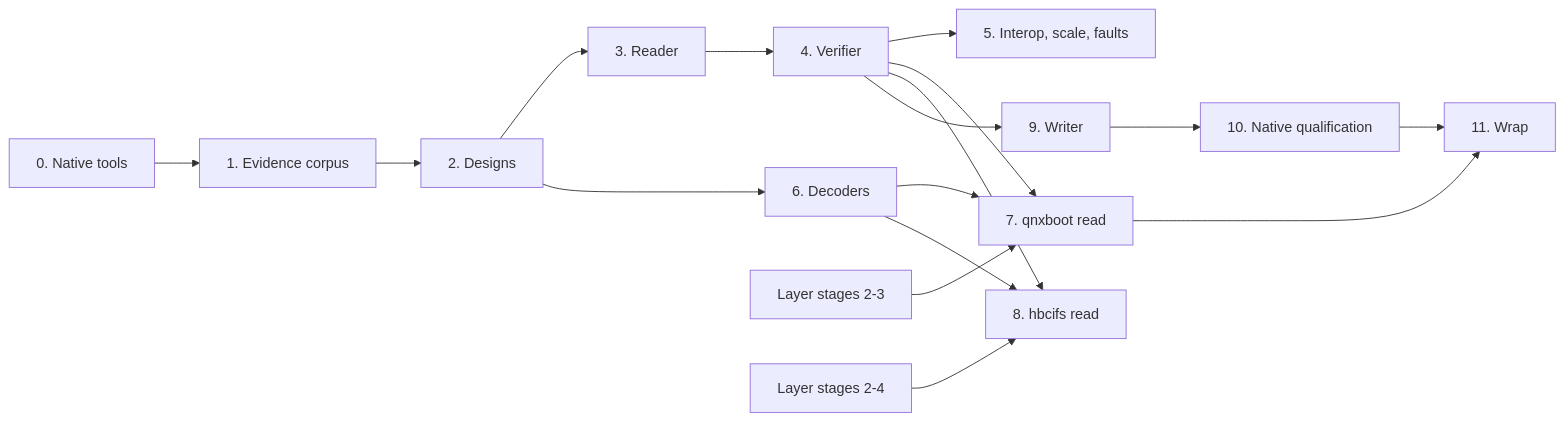
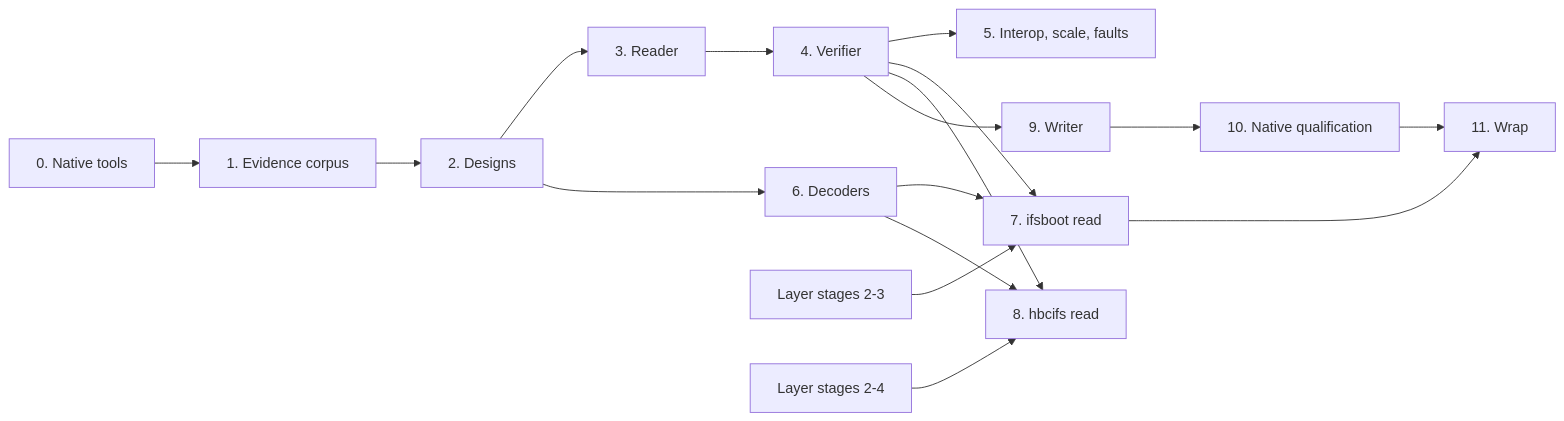
One commit to stass/fsimg changed the diagram in docs/ifs-plan.md. Above: the diagram before and after it, drawn with Mermaid. The commit also changed other lines of this file and 37 other files, not shown here.

````diff
--- a/docs/ifs-plan.md
+++ b/docs/ifs-plan.md
@@ -907,19 +908,19 @@
 ```mermaid
 flowchart LR
     S0[0. Native tools] --> S1[1. Evidence corpus]
     S1 --> S2[2. Designs]
     S2 --> S3[3. Reader]
     S3 --> S4[4. Verifier]
     S4 --> S5[5. Interop, scale, faults]
     S2 --> S6[6. Decoders]
-    S4 --> S7[7. qnxboot read]
+    S4 --> S7[7. ifsboot read]
     S6 --> S7
     L23[Layer stages 2-3] --> S7
     S4 --> S8[8. hbcifs read]
     S6 --> S8
     L24[Layer stages 2-4] --> S8
     S4 --> S9[9. Writer]
     S9 --> S10[10. Native qualification]
     S7 --> S11[11. Wrap]
     S10 --> S11
 ```
````
